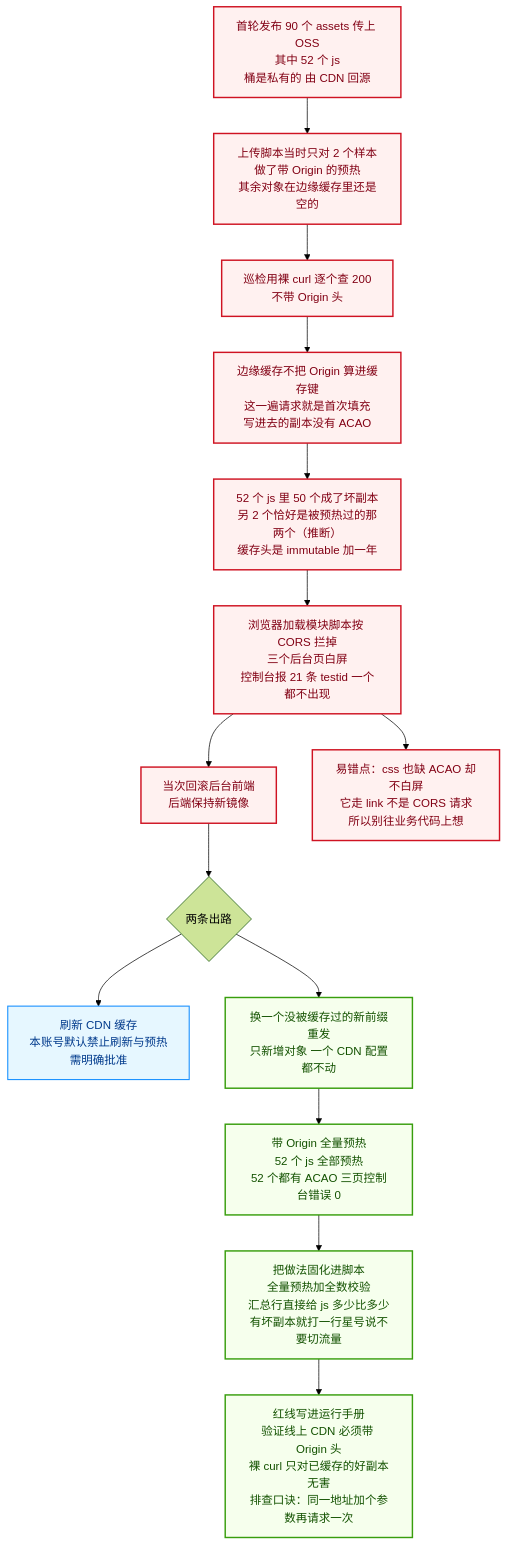
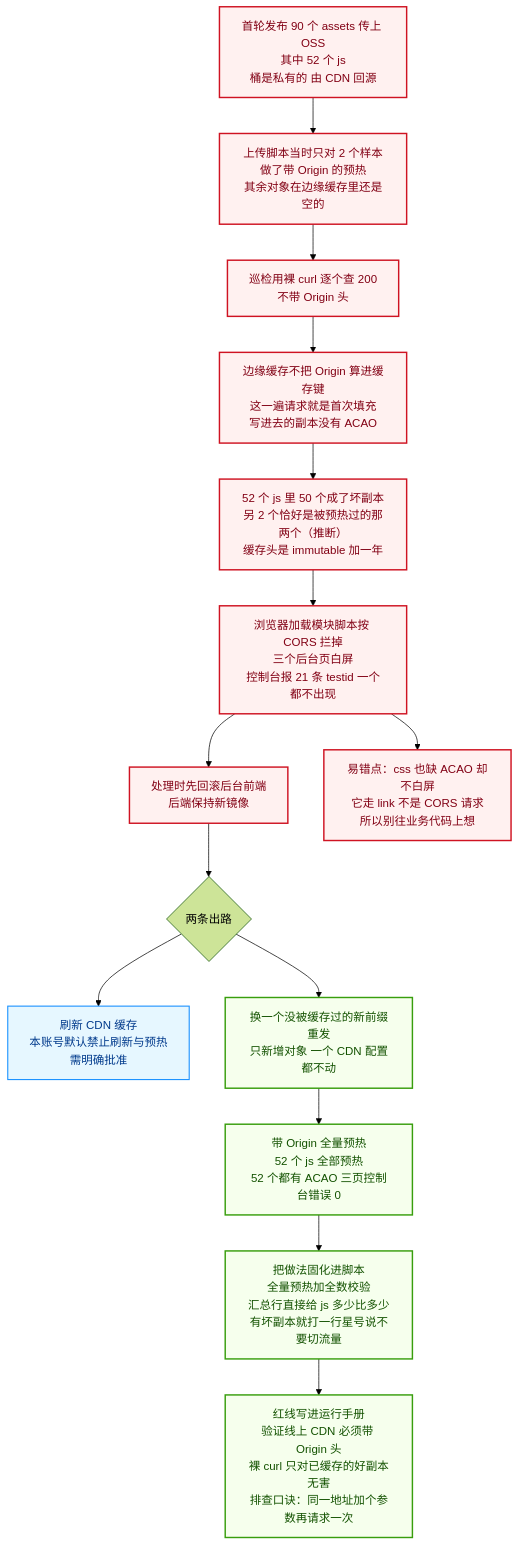
The diagram in docs/flows/02-业务场景/事故与修复/cdn-边缘缓存：不带-Origin-的预热把白屏写进了缓存/1-缓存坏副本事故链.mmd (zzy-repo/qiqi-mall), drawn with Mermaid (forest theme) before and after one commit. The commit also changed 231 other files, not shown here.

```diff
--- a/docs/flows/02-业务场景/事故与修复/cdn-边缘缓存：不带-Origin-的预热把白屏写进了缓存/1-缓存坏副本事故链.mmd
+++ b/docs/flows/02-业务场景/事故与修复/cdn-边缘缓存：不带-Origin-的预热把白屏写进了缓存/1-缓存坏副本事故链.mmd
@@ -1,28 +1,28 @@
 flowchart TB
     A["首轮发布 90 个 assets 传上 OSS<br/>其中 52 个 js<br/>桶是私有的 由 CDN 回源"]
 
     A --> B["上传脚本当时只对 2 个样本做了带 Origin 的预热<br/>其余对象在边缘缓存里还是空的"]
 
     B --> C["巡检用裸 curl 逐个查 200<br/>不带 Origin 头"]
     C --> D["边缘缓存不把 Origin 算进缓存键<br/>这一遍请求就是首次填充<br/>写进去的副本没有 ACAO"]
     D --> E["52 个 js 里 50 个成了坏副本<br/>另 2 个恰好是被预热过的那两个（推断）<br/>缓存头是 immutable 加一年"]
 
     E --> F["浏览器加载模块脚本按 CORS 拦掉<br/>三个后台页白屏<br/>控制台报 21 条 testid 一个都不出现"]
-    F --> G["当次回滚后台前端<br/>后端保持新镜像"]
+    F --> G["处理时先回滚后台前端<br/>后端保持新镜像"]
     F --> H["易错点：css 也缺 ACAO 却不白屏<br/>它走 link 不是 CORS 请求<br/>所以别往业务代码上想"]
 
     G --> I{"两条出路"}
     I --> I1["刷新 CDN 缓存<br/>本账号默认禁止刷新与预热<br/>需明确批准"]
     I --> I2["换一个没被缓存过的新前缀重发<br/>只新增对象 一个 CDN 配置都不动"]
 
     I2 --> J["带 Origin 全量预热<br/>52 个 js 全部预热<br/>52 个都有 ACAO 三页控制台错误 0"]
     J --> K["把做法固化进脚本<br/>全量预热加全数校验<br/>汇总行直接给 js 多少比多少<br/>有坏副本就打一行星号说不要切流量"]
 
     K --> L["红线写进运行手册<br/>验证线上 CDN 必须带 Origin 头<br/>裸 curl 只对已缓存的好副本无害<br/>排查口诀：同一地址加个参数再请求一次"]
 
     classDef bad fill:#fff1f0,stroke:#cf1322,stroke-width:2px,color:#820014
     classDef fix fill:#f6ffed,stroke:#389e0d,stroke-width:2px,color:#135200
     classDef ui fill:#e6f7ff,stroke:#1890ff,stroke-width:1.5px,color:#003a8c
     class A,B,C,D,E,F,G,H bad
     class I2,J,K,L fix
     class I1 ui
```
